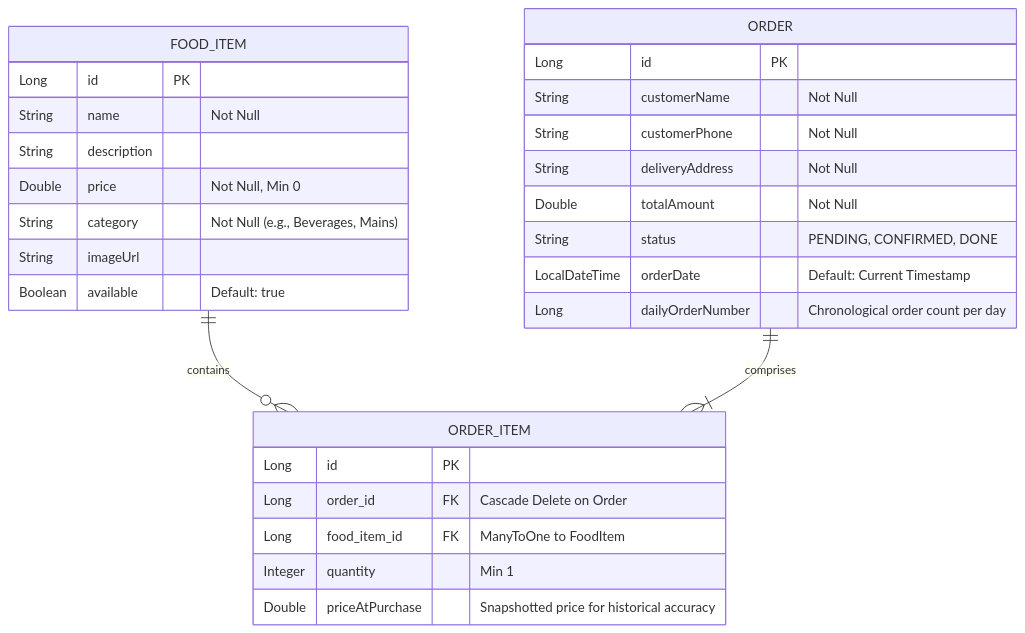
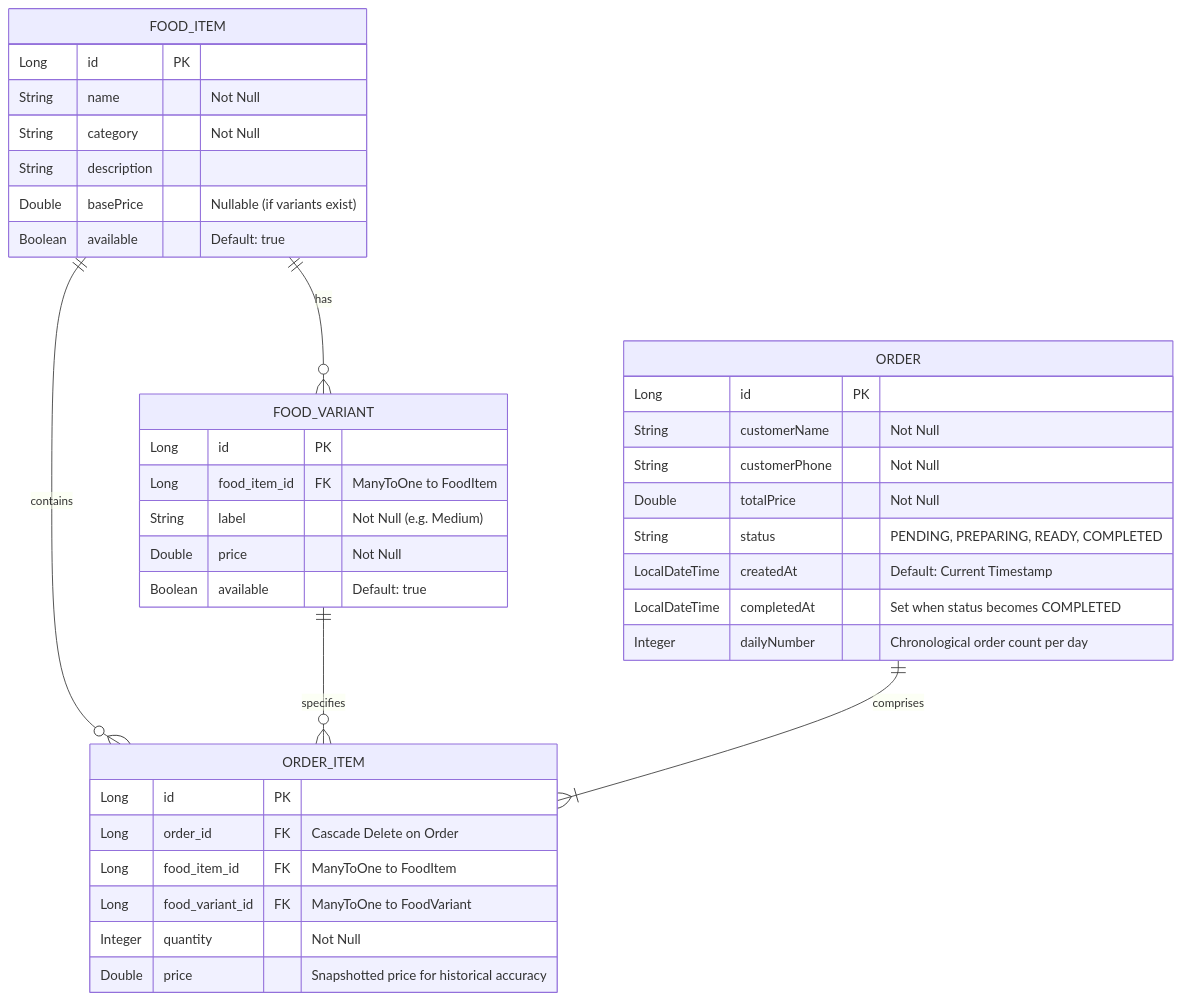
Before and after one commit to neelwankhade007-rgb/home-kitchen: the second of 2 diagrams in README.md, drawn with Mermaid. The commit also changed other lines of this file, not shown here.

Commit message:
docs: update README with real-time tracking, 5-min timeout, and phone validation

````diff
--- a/README.md
+++ b/README.md
@@ -69,34 +70,44 @@
 ```mermaid
 erDiagram
+    FOOD_ITEM ||--o{ FOOD_VARIANT : "has"
     FOOD_ITEM ||--o{ ORDER_ITEM : "contains"
+    FOOD_VARIANT ||--o{ ORDER_ITEM : "specifies"
     ORDER ||--|{ ORDER_ITEM : "comprises"
 
     FOOD_ITEM {
         Long id PK
         String name "Not Null"
+        String category "Not Null"
         String description
-        Double price "Not Null, Min 0"
-        String category "Not Null (e.g., Beverages, Mains)"
-        String imageUrl
+        Double basePrice "Nullable (if variants exist)"
+        Boolean available "Default: true"
+    }
+
+    FOOD_VARIANT {
+        Long id PK
+        Long food_item_id FK "ManyToOne to FoodItem"
+        String label "Not Null (e.g. Medium)"
+        Double price "Not Null"
         Boolean available "Default: true"
     }
 
     ORDER {
         Long id PK
         String customerName "Not Null"
         String customerPhone "Not Null"
-        String deliveryAddress "Not Null"
-        Double totalAmount "Not Null"
-        String status "PENDING, CONFIRMED, DONE"
-        LocalDateTime orderDate "Default: Current Timestamp"
-        Long dailyOrderNumber "Chronological order count per day"
+        Double totalPrice "Not Null"
+        String status "PENDING, PREPARING, READY, COMPLETED"
+        LocalDateTime createdAt "Default: Current Timestamp"
+        LocalDateTime completedAt "Set when status becomes COMPLETED"
+        Integer dailyNumber "Chronological order count per day"
     }
 
     ORDER_ITEM {
         Long id PK
         Long order_id FK "Cascade Delete on Order"
         Long food_item_id FK "ManyToOne to FoodItem"
-        Integer quantity "Min 1"
-        Double priceAtPurchase "Snapshotted price for historical accuracy"
+        Long food_variant_id FK "ManyToOne to FoodVariant"
+        Integer quantity "Not Null"
+        Double price "Snapshotted price for historical accuracy"
     }
 ```
````
